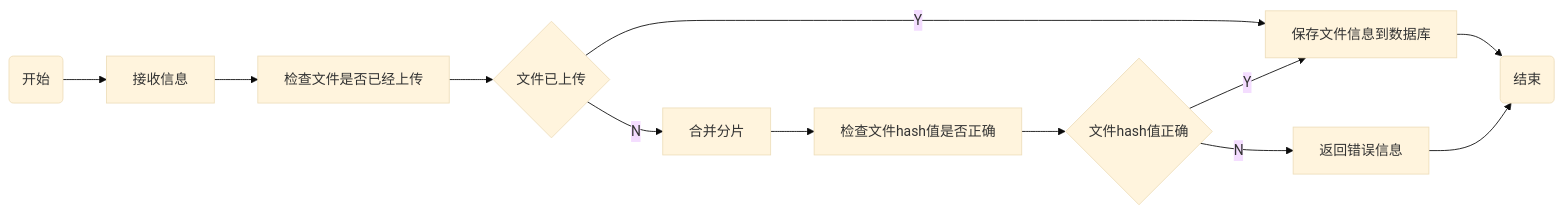
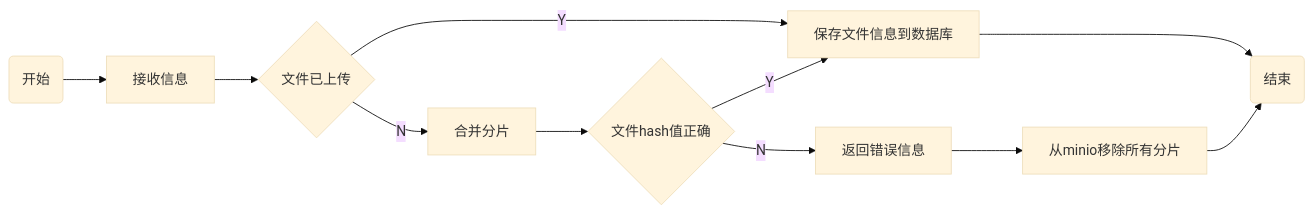
Before and after one commit to niuiic/file-service: the tenth of 11 diagrams in README.md, drawn with Mermaid (base theme). The commit also changed other lines of this file, not shown here.

````diff
--- a/README.md
+++ b/README.md
@@ -303,33 +261,24 @@
 ```mermaid
 flowchart LR
-    start(开始)
-    start --> s1
+    start(开始) --> s1
 
-    s1[接收信息]
-    s1 --> s2
-
-    s2[检查文件是否已经上传]
-    s2 --> s3
+    s1[接收信息] --> s3
 
     s3{文件已上传}
     s3 --Y--> s4
     s3 --N--> s5
 
-    s4[保存文件信息到数据库]
-    s4 --> done
+    s4[保存文件信息到数据库] --> finish
 
-    s5[合并分片]
-    s5 --> s6
-
-    s6[检查文件hash值是否正确]
-    s6 --> s7
+    s5[合并分片] --> s7
 
     s7{文件hash值正确}
     s7 --Y--> s4
     s7 --N--> s8
 
-    s8[返回错误信息]
-    s8 --> done
+    s8[返回错误信息] --> s9
 
-    done(结束)
+    s9[从minio移除所有分片] --> finish
+
+    finish(结束)
 ```
````
